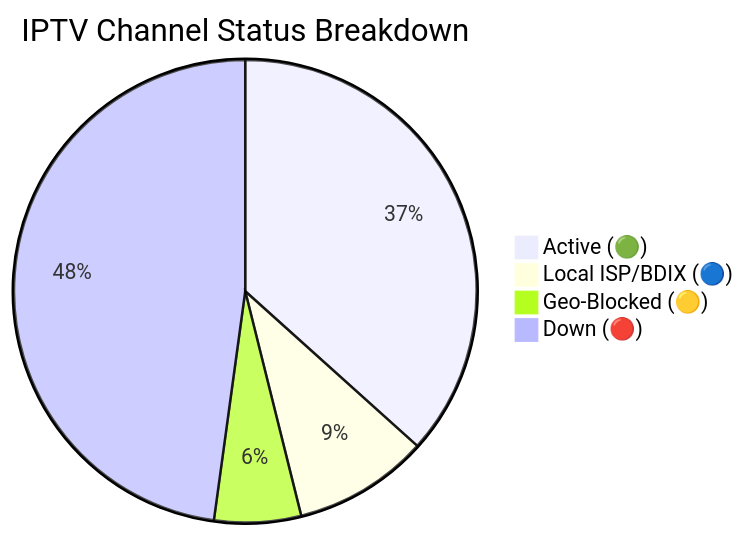
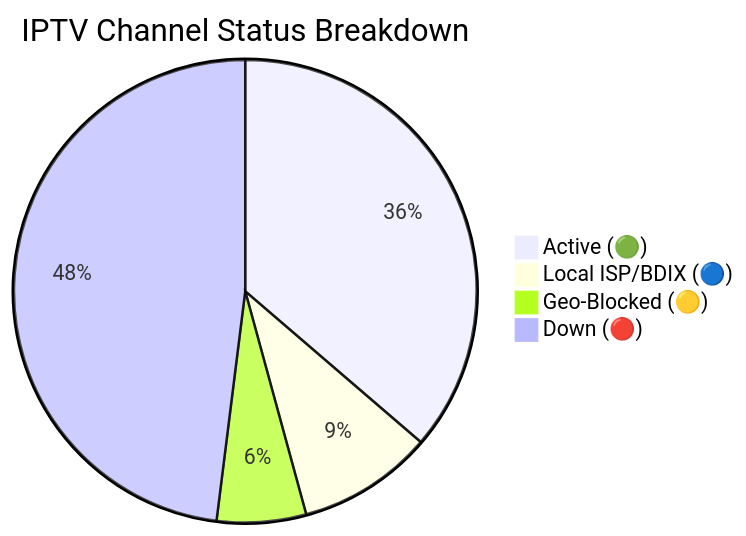
Before and after one commit to andreataylord/Ip-tv-Collection: the diagram in README.md, drawn with Mermaid. The commit also changed other lines of this file and 1 other file, not shown here.

Commit message:
docs(readme): auto-update daily channel status chart

````diff
--- a/README.md
+++ b/README.md
@@ -59,7 +59,7 @@
 ```mermaid
 pie title IPTV Channel Status Breakdown
-    "Active (🟢)" : 2977
+    "Active (🟢)" : 2948
     "Local ISP/BDIX (🔵)" : 768
-    "Geo-Blocked (🟡)" : 492
-    "Down (🔴)" : 3885
+    "Geo-Blocked (🟡)" : 506
+    "Down (🔴)" : 3900
 ```
````
